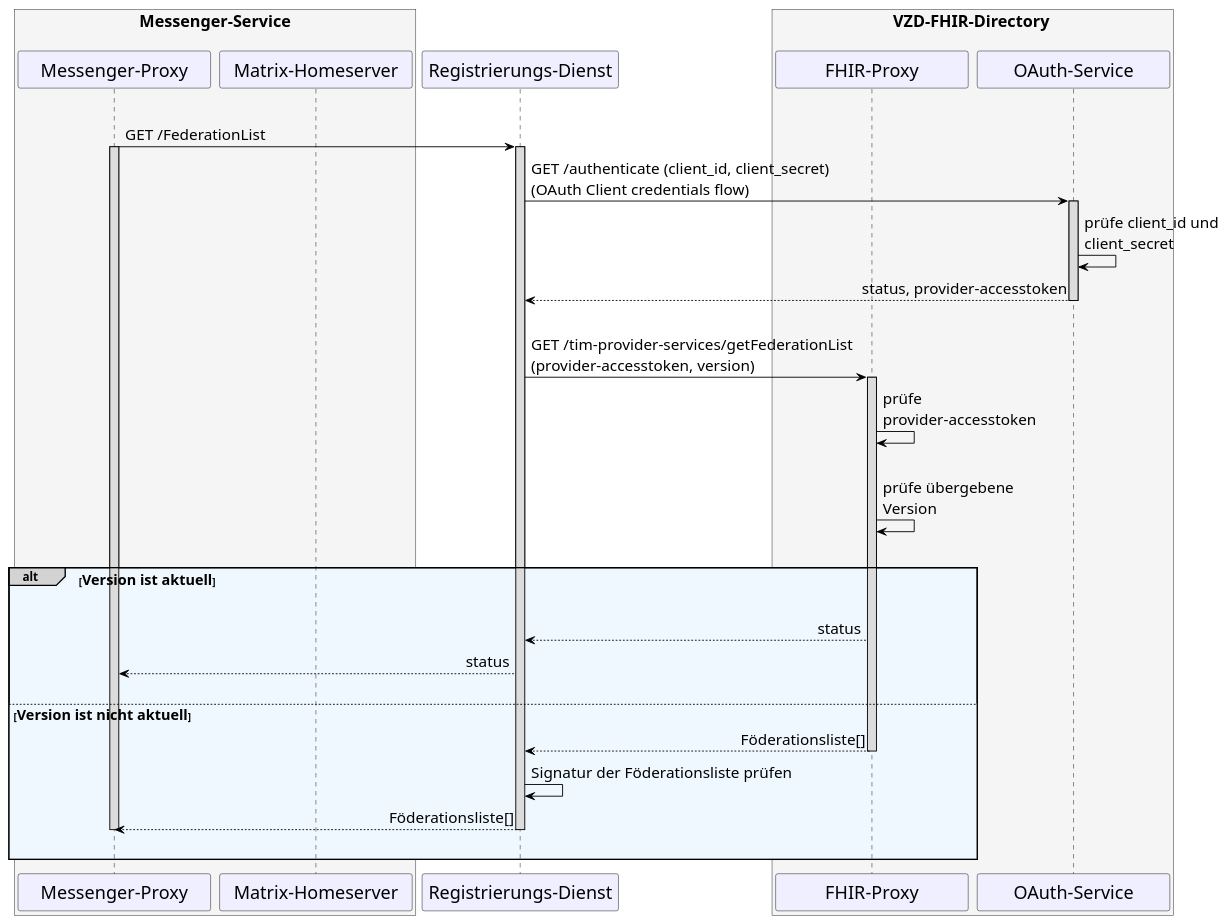
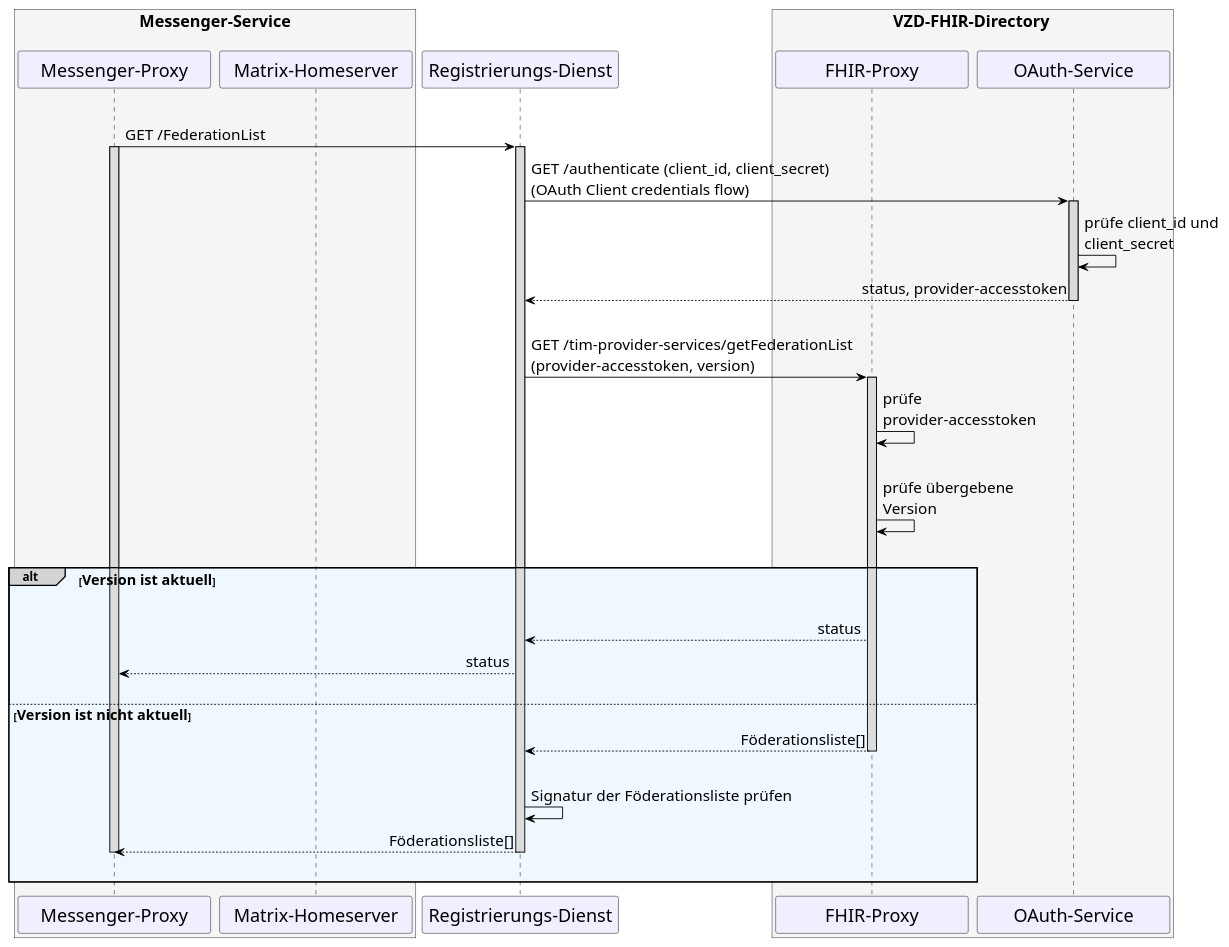
Before and after one commit to gematik/api-ti-messenger: the diagram in src/plantuml/TI-Messenger-Dienst/Ressourcen/UC_Update_Federationlist_Seq.puml, drawn with PlantUML.

```diff
--- a/src/plantuml/TI-Messenger-Dienst/Ressourcen/UC_Update_Federationlist_Seq.puml
+++ b/src/plantuml/TI-Messenger-Dienst/Ressourcen/UC_Update_Federationlist_Seq.puml
@@ -9,73 +9,74 @@
 @startuml
 skinparam sequenceMessageAlign direction
 skinparam minClassWidth 200
 skinparam BoxPadding 1
 skinparam sequenceReferenceHeaderBackgroundColor palegreen
 scale max 2048 width
 
 skinparam sequence {
 ArrowColor black
 ArrowFontSize 17
 ActorBorderColor black
 LifeLineBorderColor black
 LifeLineBackgroundColor Gainsboro
 
 ParticipantBorderColor Motivation
 ParticipantBackgroundColor Motivation
 ParticipantFontName Impact
 ParticipantFontSize 20
 ParticipantFontColor black
 ParticipantBorderColor Black
 ParticipantBackgroundColor MOTIVATION
 
 ActorBackgroundColor Gainsboro
 ActorFontColor black
 ActorFontSize 20
 ActorFontName Aapex
 }
     box <size:18>Messenger-Service\n #WhiteSmoke
     participant MP as "Messenger-Proxy"
     participant MH as "Matrix-Homeserver"
     end box
     participant RD as "Registrierungs-Dienst"
     box <size:18>VZD-FHIR-Directory</size> #WhiteSmoke
       participant FP as "FHIR-Proxy"
       participant AS as "OAuth-Service"
     end box
 
   |||
   MP->RD: GET /FederationList 
     Activate MP
     Activate RD
 
   RD->AS: GET /authenticate (client_id, client_secret) \n(OAuth Client credentials flow)
     Activate AS
   AS->AS: prüfe client_id und \nclient_secret
   AS-->RD: status, provider-accesstoken 
     Deactivate AS  
 
   |||
   RD->FP: GET /tim-provider-services/getFederationList \n(provider-accesstoken, version)
     Activate FP
   FP->FP: prüfe \nprovider-accesstoken
   |||
   FP->FP: prüfe übergebene \nVersion
 
 |||
 alt#LightGrey #AliceBlue <size:16>Version ist aktuell</size>
 |||    
 
     FP-->RD: status
     RD-->MP: status
     |||
     
     else <size:16>Version ist nicht aktuell</size>
        FP-->RD: Föderationsliste[]
         Deactivate FP
-       RD->RD: Signatur der Föderationsliste prüfen
+       |||
+      RD->RD: Signatur der Föderationsliste prüfen
       RD-->MP: Föderationsliste[]
         Deactivate RD
         deactivate MP
     |||
 end
 @enduml
```
